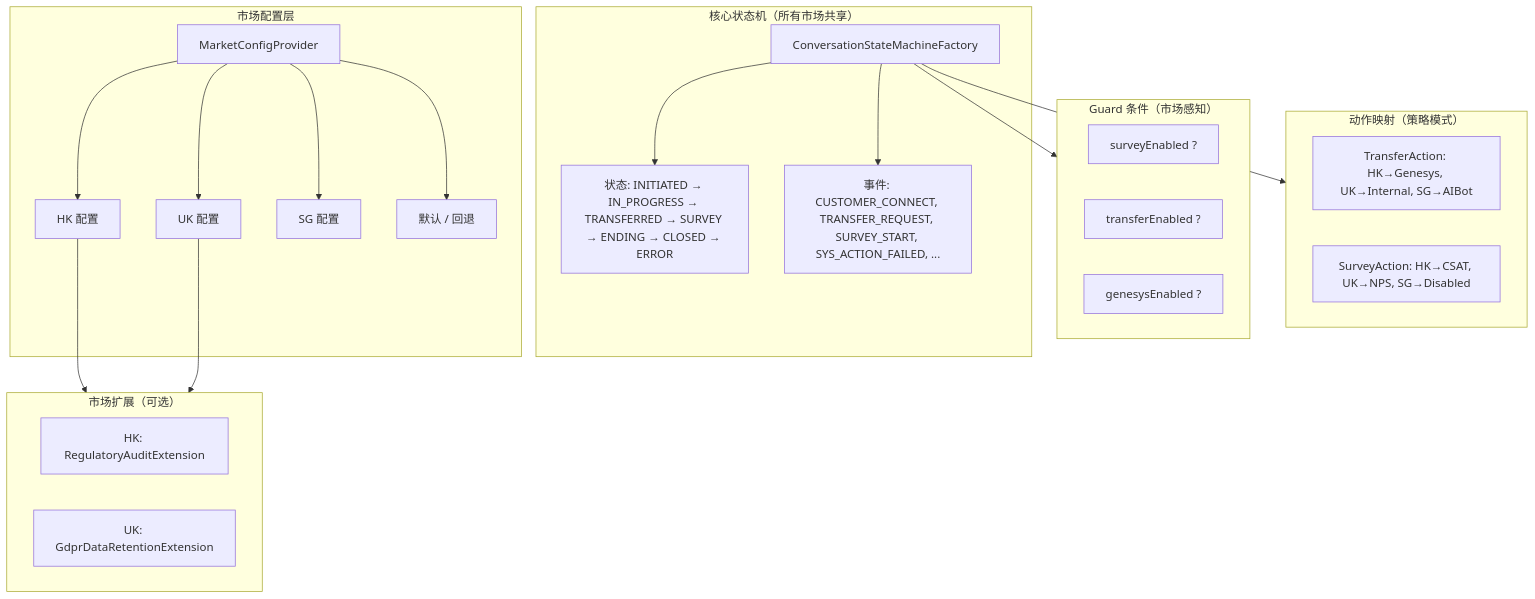
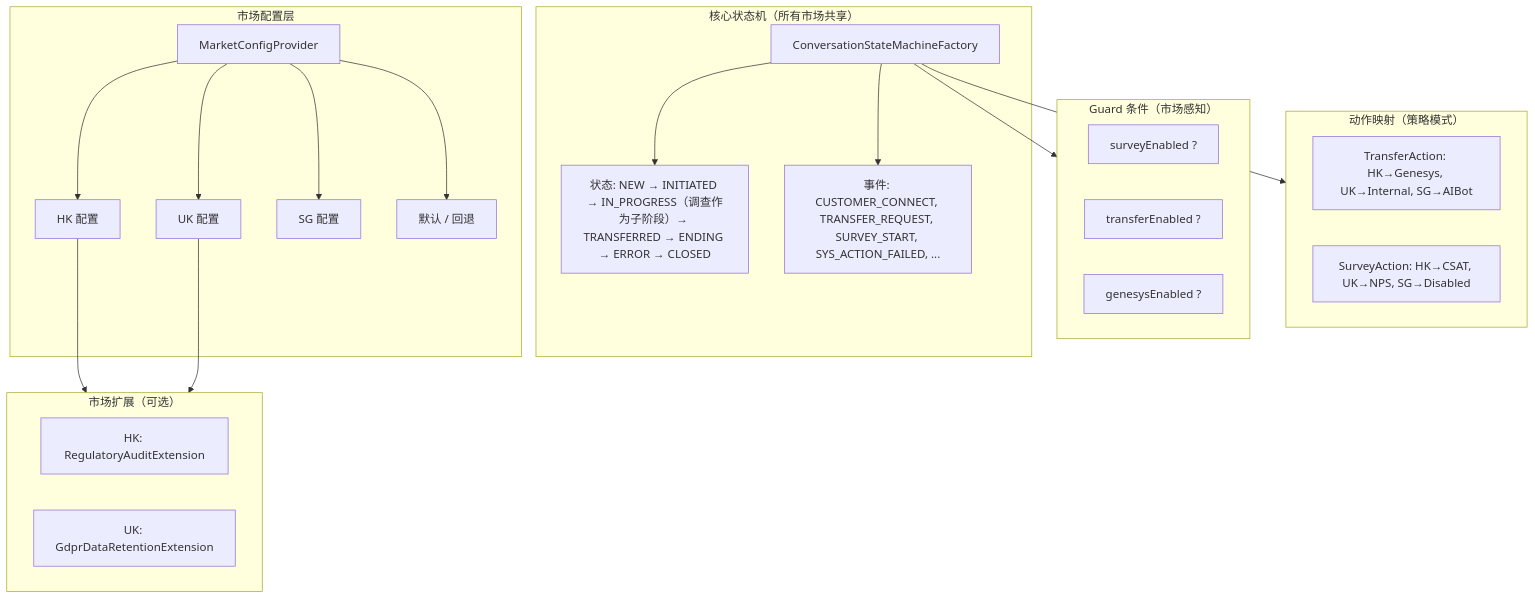
The diagram in 08-Code/state-machine/docs/zh/06-Multi-Market-Design.md (huangzhiqiu/ai-knowledge-design), drawn with Mermaid before and after one commit. The commit also changed 11 other files, not shown here.

````diff
--- a/08-Code/state-machine/docs/zh/06-Multi-Market-Design.md
+++ b/08-Code/state-machine/docs/zh/06-Multi-Market-Design.md
@@ -92,43 +92,43 @@
 ```mermaid
 flowchart TB
     subgraph Core["核心状态机（所有市场共享）"]
         SM[ConversationStateMachineFactory]
-        STATES[状态: INITIATED → IN_PROGRESS → TRANSFERRED → SURVEY → ENDING → CLOSED → ERROR]
+        STATES[状态: NEW → INITIATED → IN_PROGRESS（调查作为子阶段）→ TRANSFERRED → ENDING → ERROR → CLOSED]
         EVENTS[事件: CUSTOMER_CONNECT, TRANSFER_REQUEST, SURVEY_START, SYS_ACTION_FAILED, ...]
     end
 
     subgraph Config["市场配置层"]
         PROVIDER[MarketConfigProvider]
         HK[HK 配置]
         UK[UK 配置]
         SG[SG 配置]
         DEFAULT[默认 / 回退]
     end
 
     subgraph Guards["Guard 条件（市场感知）"]
         G1[surveyEnabled ?]
         G2[transferEnabled ?]
         G3[genesysEnabled ?]
     end
 
     subgraph Actions["动作映射（策略模式）"]
         A1[TransferAction: HK→Genesys, UK→Internal, SG→AIBot]
         A2[SurveyAction: HK→CSAT, UK→NPS, SG→Disabled]
     end
 
     subgraph Extensions["市场扩展（可选）"]
         EXT_HK[HK: RegulatoryAuditExtension]
         EXT_UK[UK: GdprDataRetentionExtension]
     end
 
     SM --> STATES
     SM --> EVENTS
     PROVIDER --> HK
     PROVIDER --> UK
     PROVIDER --> SG
     PROVIDER --> DEFAULT
     SM --> Guards
     SM --> Actions
     HK --> Extensions
     UK --> Extensions
 ```
````
